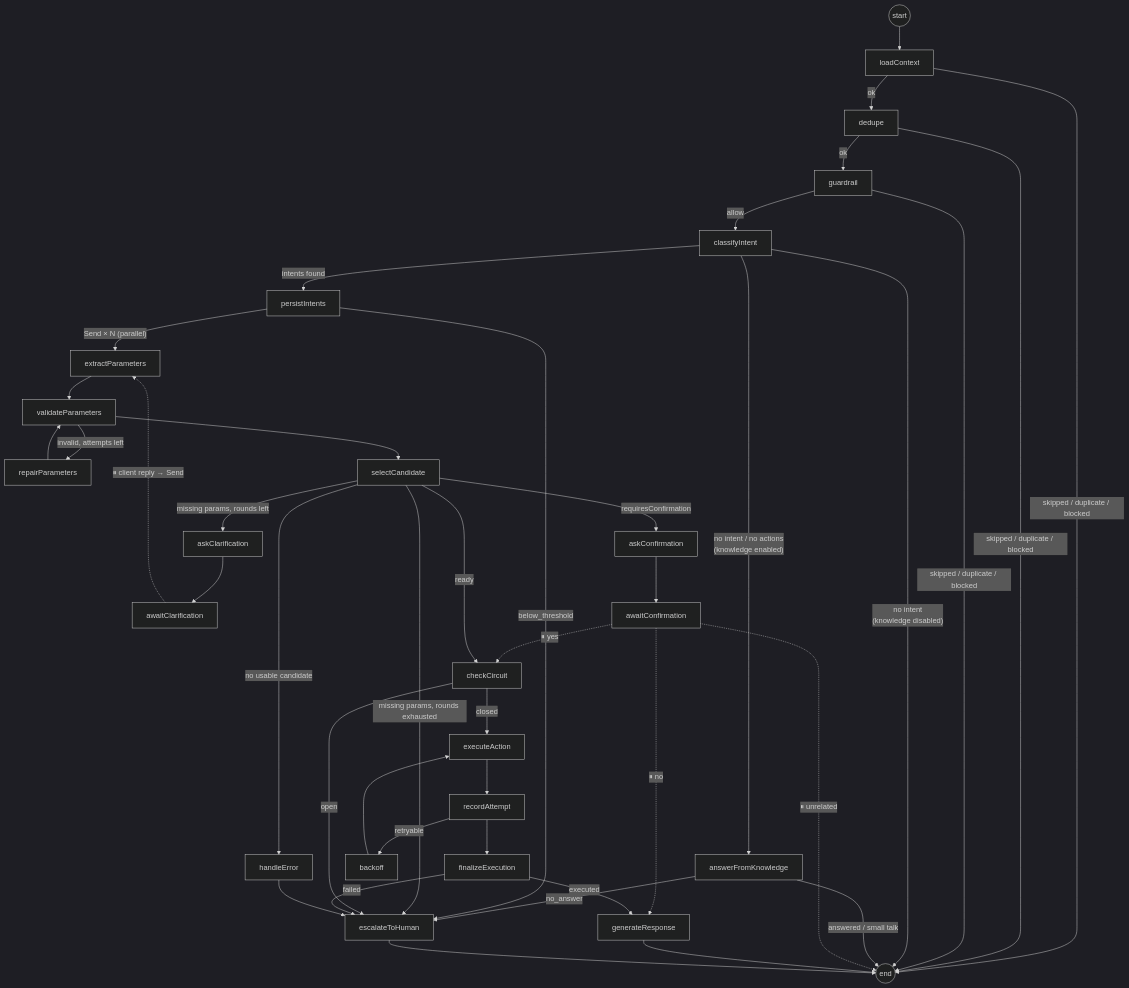
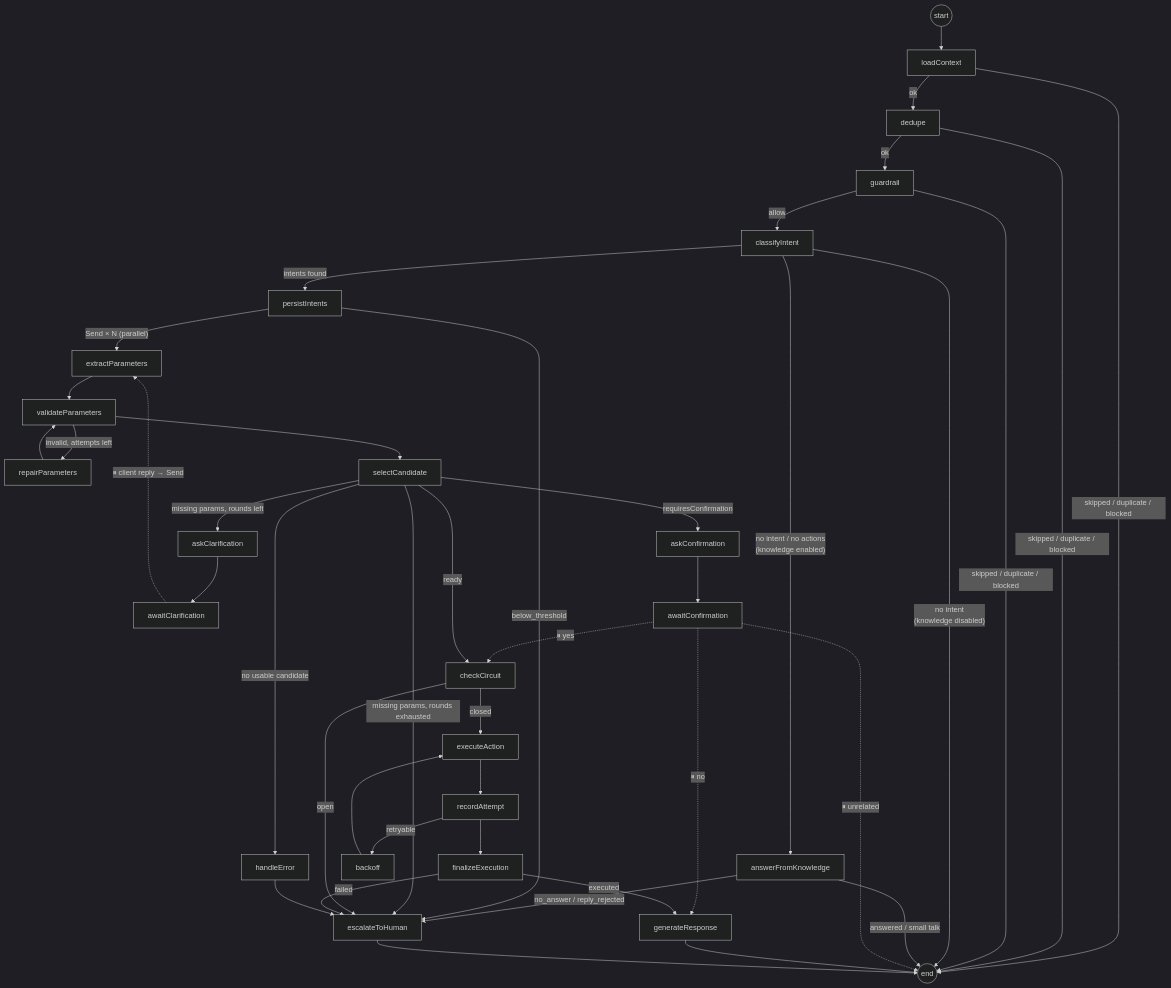
One commit to tysio111/teddy-support changed the third of 8 diagrams in README.md. Above: the diagram before and after it, drawn with Mermaid (dark theme). The commit also changed other lines of this file and 23 other files, not shown here.

````diff
--- a/README.md
+++ b/README.md
@@ -224,39 +225,39 @@
 ```mermaid
 flowchart TD
   START((start)) --> loadContext
   loadContext -- ok --> dedupe
   dedupe -- ok --> guardrail
   guardrail -- allow --> classifyIntent
   loadContext & dedupe & guardrail -- "skipped / duplicate / blocked" --> END((end))
 
   classifyIntent -- "intents found" --> persistIntents
   classifyIntent -- "no intent / no actions<br/>(knowledge enabled)" --> answerFromKnowledge
   classifyIntent -- "no intent<br/>(knowledge disabled)" --> END
   answerFromKnowledge -- "answered / small talk" --> END
-  answerFromKnowledge -- no_answer --> escalateToHuman
+  answerFromKnowledge -- "no_answer / reply_rejected" --> escalateToHuman
 
   persistIntents -- "Send × N (parallel)" --> extractParameters
   persistIntents -- below_threshold --> escalateToHuman
   extractParameters --> validateParameters
   validateParameters -- "invalid, attempts left" --> repairParameters --> validateParameters
   validateParameters --> selectCandidate
 
   selectCandidate -- "missing params, rounds left" --> askClarification --> awaitClarification
   awaitClarification -.->|"⏸ client reply → Send"| extractParameters
   selectCandidate -- "missing params, rounds exhausted" --> escalateToHuman
   selectCandidate -- requiresConfirmation --> askConfirmation --> awaitConfirmation
   awaitConfirmation -.->|"⏸ yes"| checkCircuit
   awaitConfirmation -.->|"⏸ no"| generateResponse
   awaitConfirmation -.->|"⏸ unrelated"| END
   selectCandidate -- ready --> checkCircuit
   selectCandidate -- "no usable candidate" --> handleError
 
   checkCircuit -- closed --> executeAction --> recordAttempt
   checkCircuit -- open --> escalateToHuman
   recordAttempt -- retryable --> backoff --> executeAction
   recordAttempt --> finalizeExecution
   finalizeExecution -- executed --> generateResponse --> END
   finalizeExecution -- failed --> escalateToHuman
 
   handleError --> escalateToHuman --> END
 ```
````
